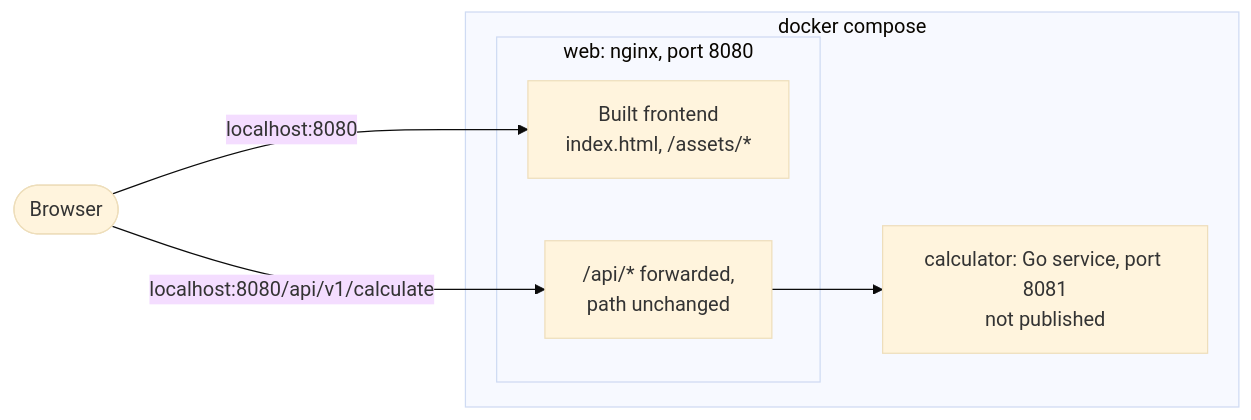
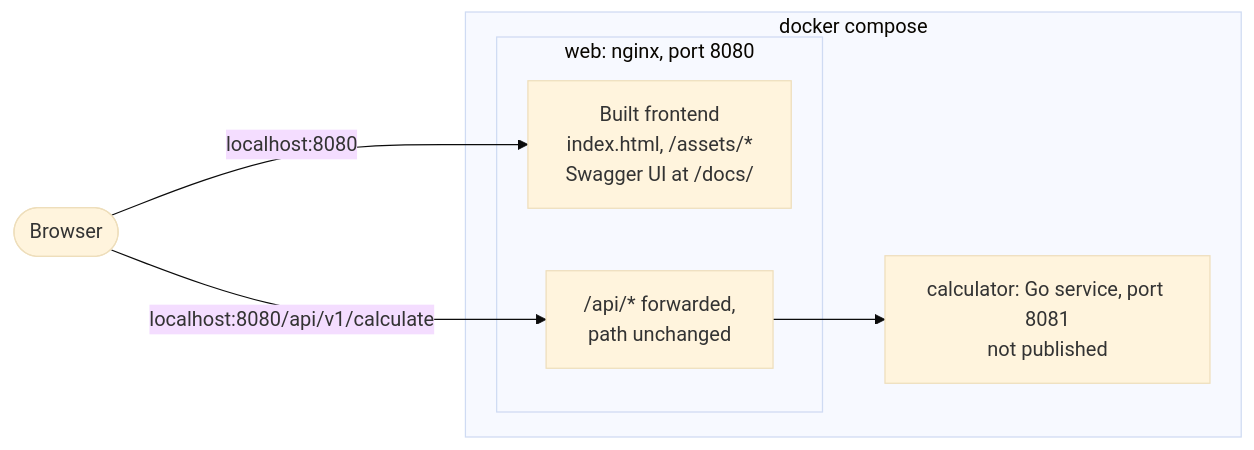
The first of 3 diagrams in README.md (FurkanCodes/calculator), drawn with Mermaid (base theme) before and after one commit. The commit also changed other lines of this file and 7 other files, not shown here.

````diff
--- a/README.md
+++ b/README.md
@@ -191,13 +204,13 @@
 ```mermaid
 flowchart LR
     browser(["Browser"])
     subgraph compose["docker compose"]
         subgraph web["web: nginx, port 8080"]
-            static["Built frontend<br/>index.html, /assets/*"]
+            static["Built frontend<br/>index.html, /assets/*<br/>Swagger UI at /docs/"]
             proxy["/api/* forwarded,<br/>path unchanged"]
         end
         calc["calculator: Go service, port 8081<br/>not published"]
     end
     browser -->|"localhost:8080"| static
     browser -->|"localhost:8080/api/v1/calculate"| proxy --> calc
 ```
````
